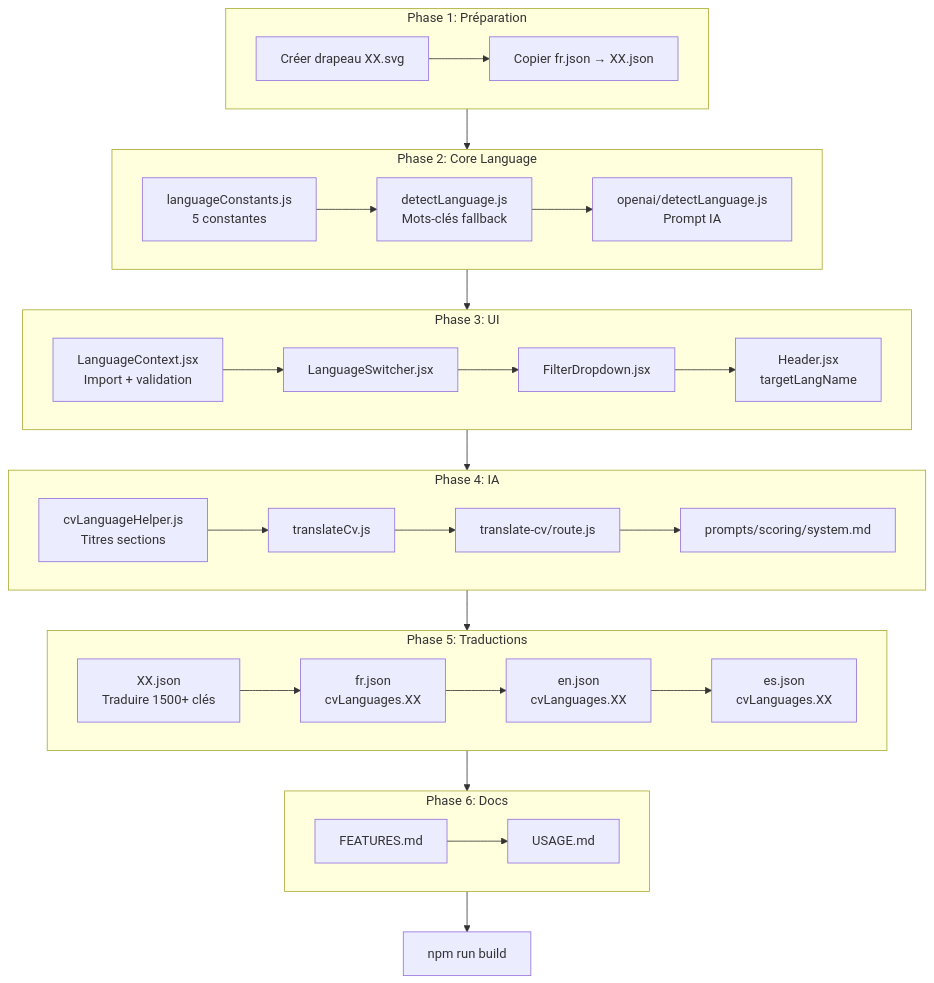
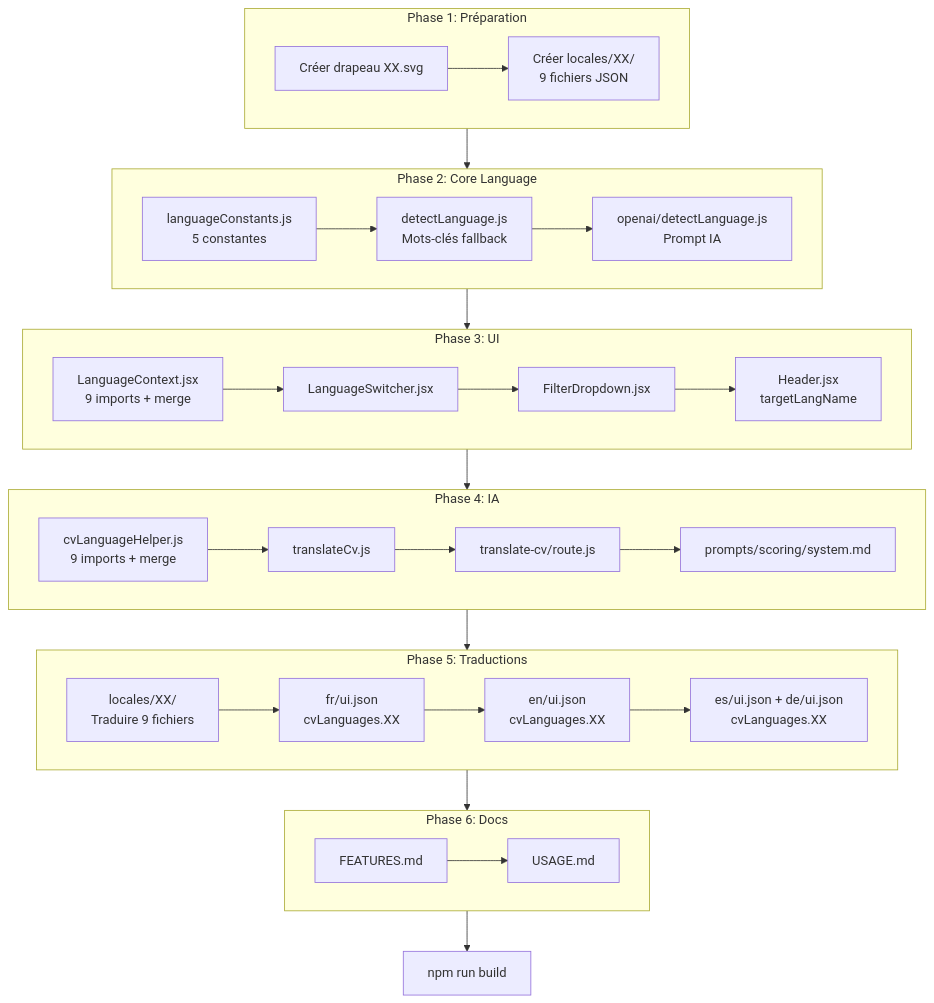
One commit to CodeGlyphFR/FitMyCV changed the diagram in docs/ADDING_LANGUAGE.md. Above: the diagram before and after it, drawn with Mermaid. The commit also changed other lines of this file and 43 other files, not shown here.

````diff
--- a/docs/ADDING_LANGUAGE.md
+++ b/docs/ADDING_LANGUAGE.md
@@ -30,40 +30,40 @@
 ```mermaid
 flowchart TD
     subgraph Phase1["Phase 1: Préparation"]
-        A["Créer drapeau XX.svg"] --> B["Copier fr.json → XX.json"]
+        A["Créer drapeau XX.svg"] --> B["Créer locales/XX/<br/>9 fichiers JSON"]
     end
 
     subgraph Phase2["Phase 2: Core Language"]
         C["languageConstants.js<br/>5 constantes"] --> D["detectLanguage.js<br/>Mots-clés fallback"]
         D --> E["openai/detectLanguage.js<br/>Prompt IA"]
     end
 
     subgraph Phase3["Phase 3: UI"]
-        F["LanguageContext.jsx<br/>Import + validation"] --> G["LanguageSwitcher.jsx"]
+        F["LanguageContext.jsx<br/>9 imports + merge"] --> G["LanguageSwitcher.jsx"]
         G --> H["FilterDropdown.jsx"]
         H --> I["Header.jsx<br/>targetLangName"]
     end
 
     subgraph Phase4["Phase 4: IA"]
-        J["cvLanguageHelper.js<br/>Titres sections"] --> K["translateCv.js"]
+        J["cvLanguageHelper.js<br/>9 imports + merge"] --> K["translateCv.js"]
         K --> L["translate-cv/route.js"]
         L --> M["prompts/scoring/system.md"]
     end
 
     subgraph Phase5["Phase 5: Traductions"]
-        N["XX.json<br/>Traduire 1500+ clés"] --> O["fr.json<br/>cvLanguages.XX"]
-        O --> P["en.json<br/>cvLanguages.XX"]
-        P --> Q["es.json<br/>cvLanguages.XX"]
+        N["locales/XX/<br/>Traduire 9 fichiers"] --> O["fr/ui.json<br/>cvLanguages.XX"]
+        O --> P["en/ui.json<br/>cvLanguages.XX"]
+        P --> Q["es/ui.json + de/ui.json<br/>cvLanguages.XX"]
     end
 
     subgraph Phase6["Phase 6: Docs"]
         R["FEATURES.md"] --> S["USAGE.md"]
     end
 
     Phase1 --> Phase2
     Phase2 --> Phase3
     Phase3 --> Phase4
     Phase4 --> Phase5
     Phase5 --> Phase6
     Phase6 --> T["npm run build"]
 ```
````
